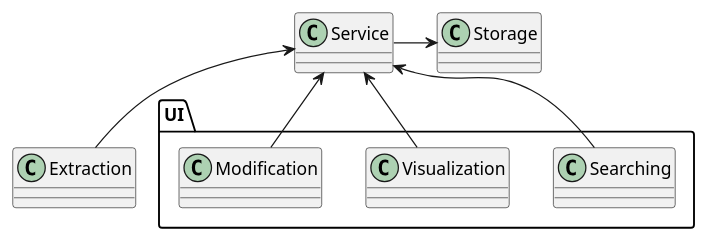
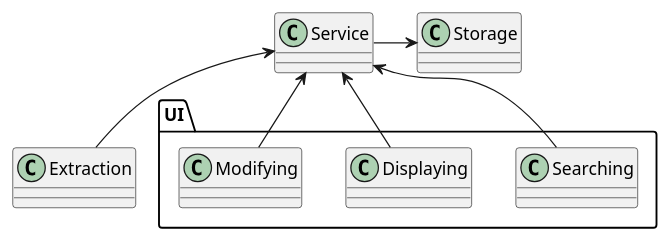
One commit to nanoix9/2019Papers changed the diagram in sa/uml/logical-view.wsd. Above: the diagram before and after it, drawn with PlantUML. The commit also changed 13 other files, not shown here.

```diff
--- a/sa/uml/logical-view.wsd
+++ b/sa/uml/logical-view.wsd
@@ -1,47 +1,47 @@
 @startuml
 
 class "Extraction" as E 
 ' {
     ' package Crawling {}
     ' package Parsing {}
     ' package Transforming {}
     ' package Writing {}
 
     ' Parsing <- Crawling
     ' Transforming <- Parsing
     ' Writing <- Transforming
 ' }
 
 class "Storage" as S
 
 ' package "Abstraction" as A {}
 
 class "Service" as Sv
 
 ' package API {}
 
 ' package "Adaptor" as Ad {}
 
 package "UI" as UI {
     class Searching
-    class Visualization
-    class Modification
+    class Displaying
+    class Modifying
 
-    ' Searching -[hidden]do- Visualization
-    ' Visualization -[hidden]do- Modification
+    ' Searching -[hidden]do- Displaying
+    ' Displaying -[hidden]do- Modifying
 }
 
 ' API <-up- E : write
 Sv <-down- E
 ' Sv --> E: "read KB"
 S <-left- Sv
 ' A <- API
 ' Ad -do-> API
 ' UI -l-> Ad
 ' UI -l-> Sv
 
 Sv <-- Searching
-Sv <-- Visualization
-Sv <-- Modification
+Sv <-- Displaying
+Sv <-- Modifying
 
 @enduml
```
